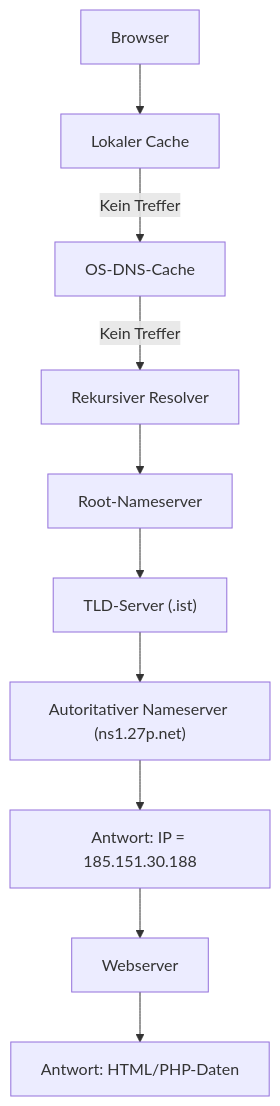
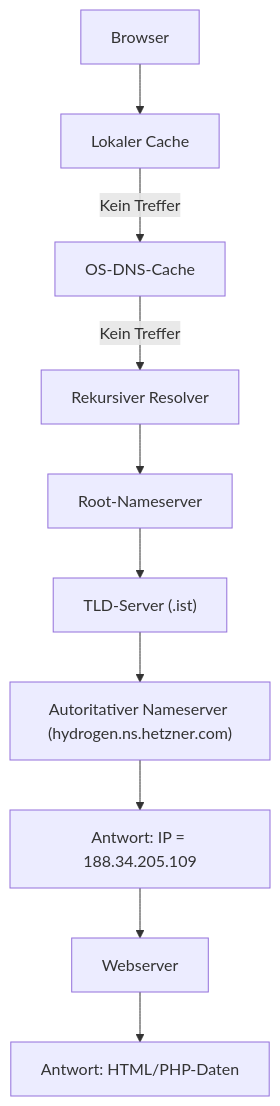
One commit to Mengyuuuuuuu/wang.ist-site changed the diagram in notes/DNS-System-Funktionsweise.md. Above: the diagram before and after it, drawn with Mermaid. The commit also changed 8 other files, not shown here.

Commit message:
Fix Mermaid diagrams and update documentation

````diff
--- a/notes/DNS-System-Funktionsweise.md
+++ b/notes/DNS-System-Funktionsweise.md
@@ -68,12 +68,12 @@
 ```mermaid
 graph TD
 A["Browser"] --> B["Lokaler Cache"]
 B -->|Kein Treffer| C["OS-DNS-Cache"]
 C -->|Kein Treffer| D["Rekursiver Resolver"]
 D --> E["Root-Nameserver"]
 E --> F["TLD-Server (.ist)"]
-F --> G["Autoritativer Nameserver (ns1.27p.net)"]
-G --> H["Antwort: IP = 185.151.30.188"]
+F --> G["Autoritativer Nameserver (hydrogen.ns.hetzner.com)"]
+G --> H["Antwort: IP = 188.34.205.109"]
 H --> I["Webserver"]
 I --> J["Antwort: HTML/PHP-Daten"]
 ```
````
